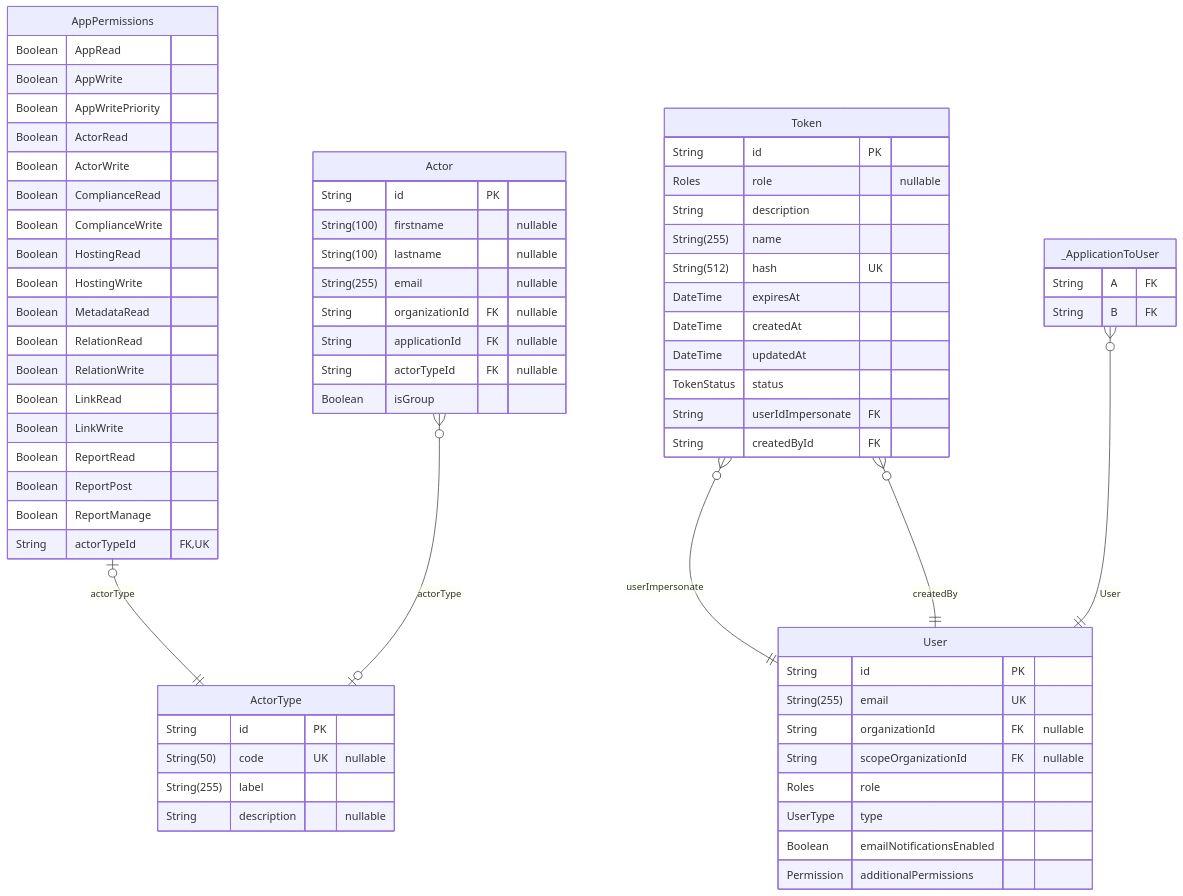
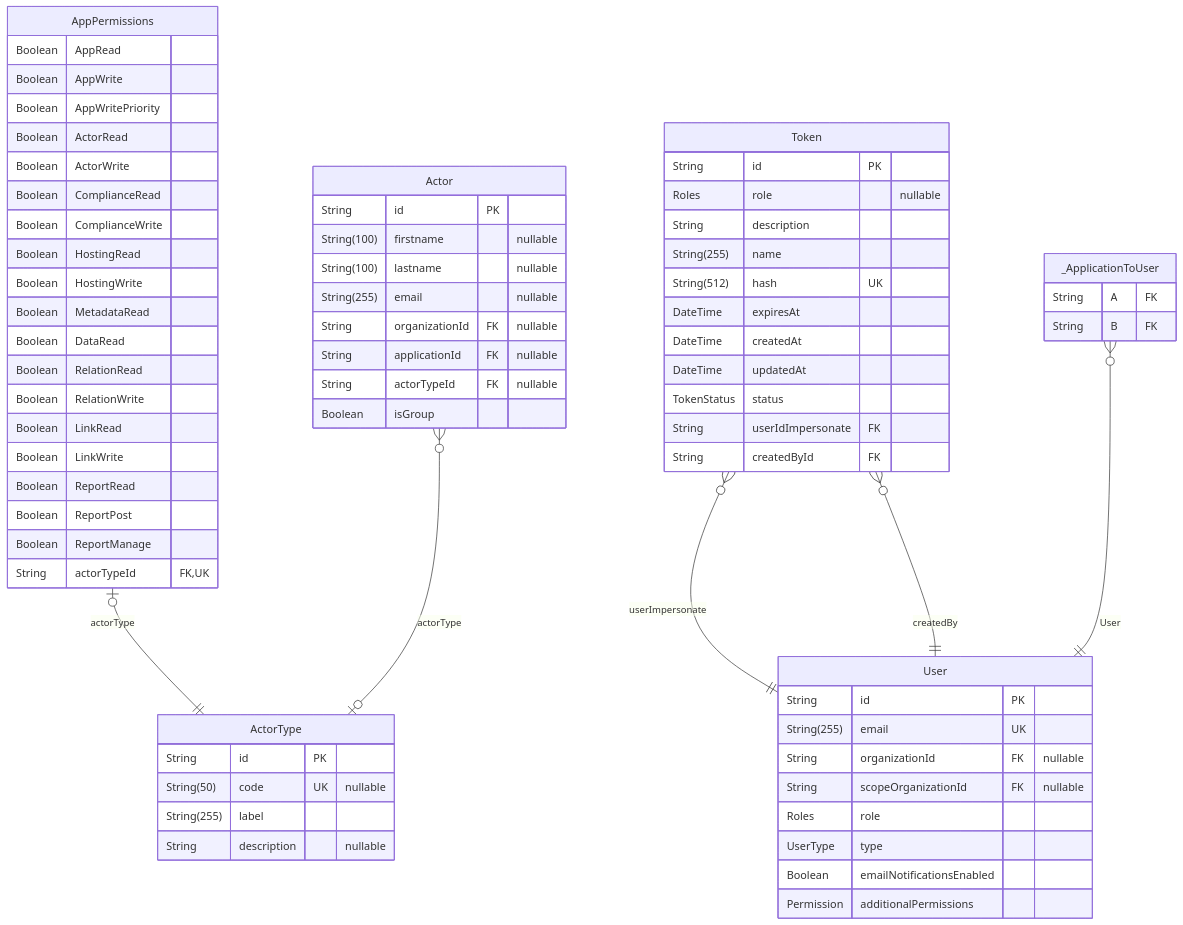
Before and after one commit to dnum-mi/referentiel-applications: the tenth of 13 diagrams in backend/prisma/docs/schema.md, drawn with Mermaid. The commit also changed other lines of this file and 12 other files, not shown here.

````diff
--- a/backend/prisma/docs/schema.md
+++ b/backend/prisma/docs/schema.md
@@ -736,71 +736,72 @@
 ```mermaid
 erDiagram
 "AppPermissions" {
   Boolean AppRead
   Boolean AppWrite
   Boolean AppWritePriority
   Boolean ActorRead
   Boolean ActorWrite
   Boolean ComplianceRead
   Boolean ComplianceWrite
   Boolean HostingRead
   Boolean HostingWrite
   Boolean MetadataRead
+  Boolean DataRead
   Boolean RelationRead
   Boolean RelationWrite
   Boolean LinkRead
   Boolean LinkWrite
   Boolean ReportRead
   Boolean ReportPost
   Boolean ReportManage
   String actorTypeId FK,UK
 }
 "Token" {
   String id PK
   Roles role "nullable"
   String description
   String(255) name
   String(512) hash UK
   DateTime expiresAt
   DateTime createdAt
   DateTime updatedAt
   TokenStatus status
   String userIdImpersonate FK
   String createdById FK
 }
 "User" {
   String id PK
   String(255) email UK
   String organizationId FK "nullable"
   String scopeOrganizationId FK "nullable"
   Roles role
   UserType type
   Boolean emailNotificationsEnabled
   Permission additionalPermissions
 }
 "Actor" {
   String id PK
   String(100) firstname "nullable"
   String(100) lastname "nullable"
   String(255) email "nullable"
   String organizationId FK "nullable"
   String applicationId FK "nullable"
   String actorTypeId FK "nullable"
   Boolean isGroup
 }
 "ActorType" {
   String id PK
   String(50) code UK "nullable"
   String(255) label
   String description "nullable"
 }
 "_ApplicationToUser" {
   String A FK
   String B FK
 }
 "AppPermissions" |o--|| "ActorType" : actorType
 "Token" }o--|| "User" : userImpersonate
 "Token" }o--|| "User" : createdBy
 "Actor" }o--o| "ActorType" : actorType
 "_ApplicationToUser" }o--|| "User" : User
 ```
````
